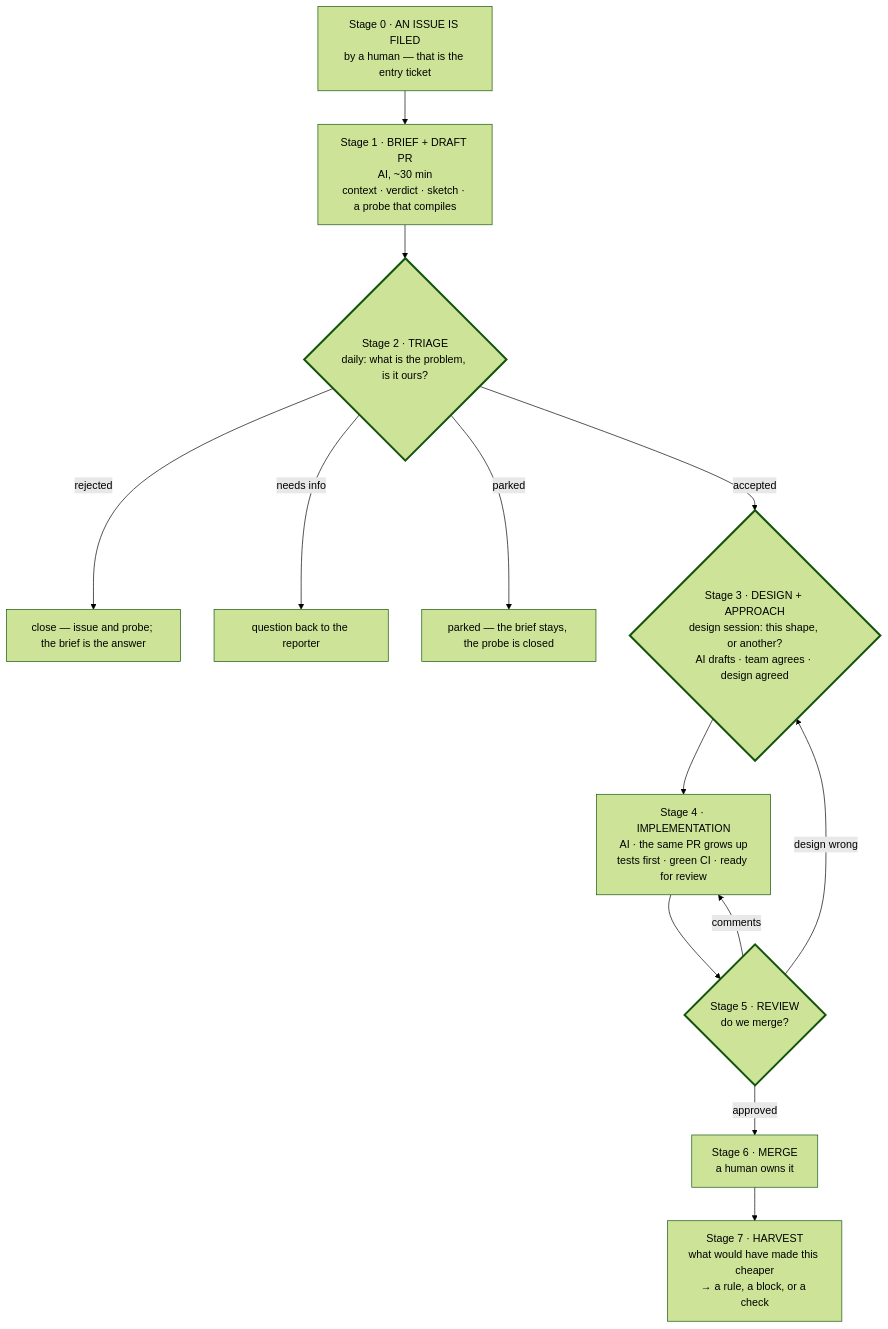
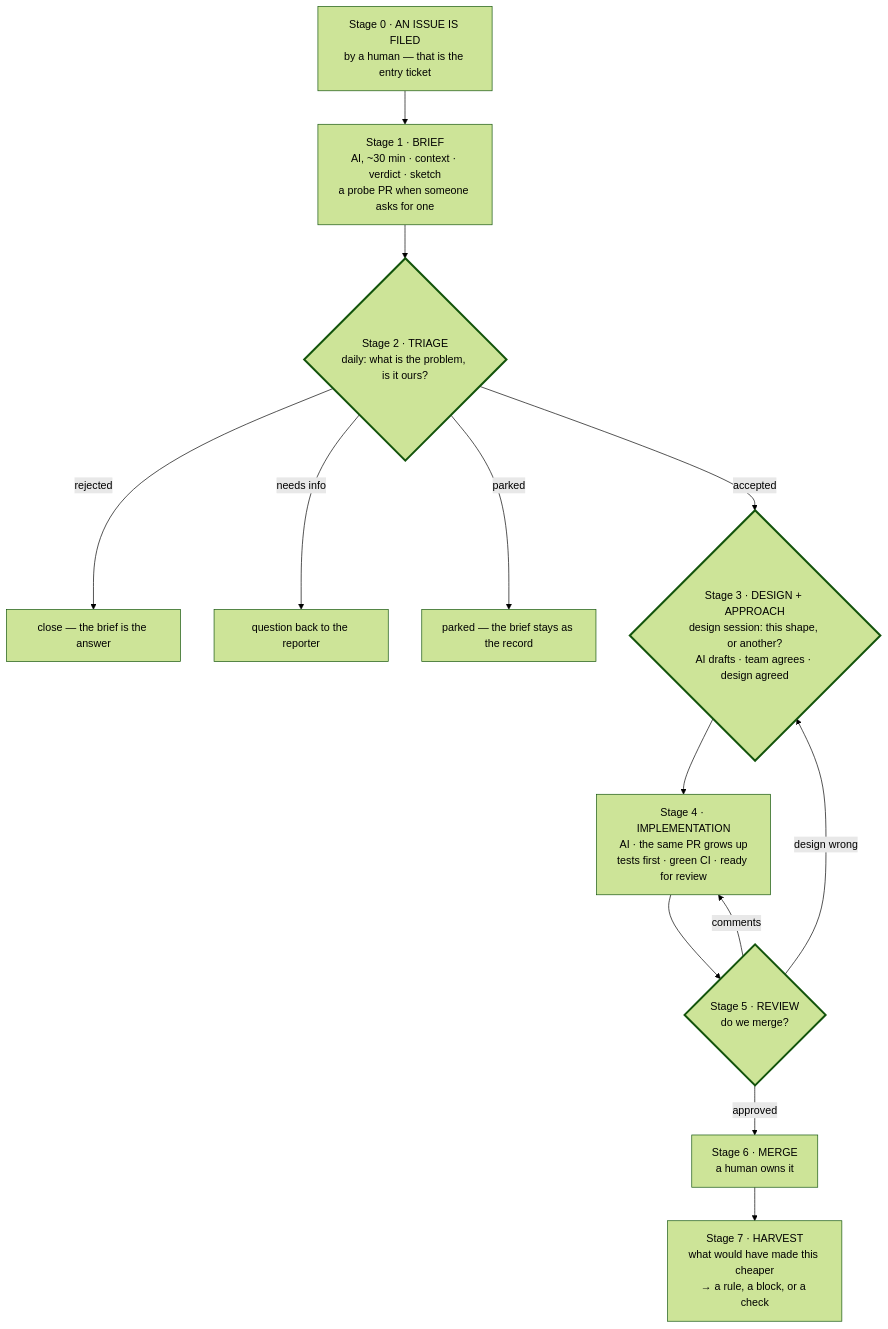
Before and after one commit to vaadin/flow: the diagram in AI_WORKFLOW.md, drawn with Mermaid (forest theme). The commit also changed other lines of this file, not shown here.

First line of the commit message:
docs: open probe PRs on request, and let issues be taken rather than assigned

````diff
--- a/AI_WORKFLOW.md
+++ b/AI_WORKFLOW.md
@@ -286,26 +295,26 @@
 ```mermaid
 flowchart TD
     S0["Stage 0 · AN ISSUE IS FILED<br/>by a human — that is the entry ticket"]
-    S1["Stage 1 · BRIEF + DRAFT PR<br/>AI, ~30 min<br/>context · verdict · sketch · a probe that compiles"]
+    S1["Stage 1 · BRIEF<br/>AI, ~30 min · context · verdict · sketch<br/>a probe PR when someone asks for one"]
     S2{"Stage 2 · TRIAGE<br/>daily: what is the problem, is it ours?"}
-    RJ["close — issue and probe; the brief is the answer"]
+    RJ["close — the brief is the answer"]
     NI["question back to the reporter"]
-    PK["parked — the brief stays, the probe is closed"]
+    PK["parked — the brief stays as the record"]
     S3{"Stage 3 · DESIGN + APPROACH<br/>design session: this shape, or another?<br/>AI drafts · team agrees · design agreed"}
     S4["Stage 4 · IMPLEMENTATION<br/>AI · the same PR grows up<br/>tests first · green CI · ready for review"]
     S5{"Stage 5 · REVIEW<br/>do we merge?"}
     S6["Stage 6 · MERGE<br/>a human owns it"]
     S7["Stage 7 · HARVEST<br/>what would have made this cheaper<br/>→ a rule, a block, or a check"]
 
     S0 --> S1 --> S2
     S2 -- rejected --> RJ
     S2 -- needs info --> NI
     S2 -- parked --> PK
     S2 -- accepted --> S3 --> S4 --> S5
     S5 -- comments --> S4
     S5 -- design wrong --> S3
     S5 -- approved --> S6 --> S7
 
     classDef decision stroke-width:3px;
     class S2,S3,S5 decision;
 ```
````
